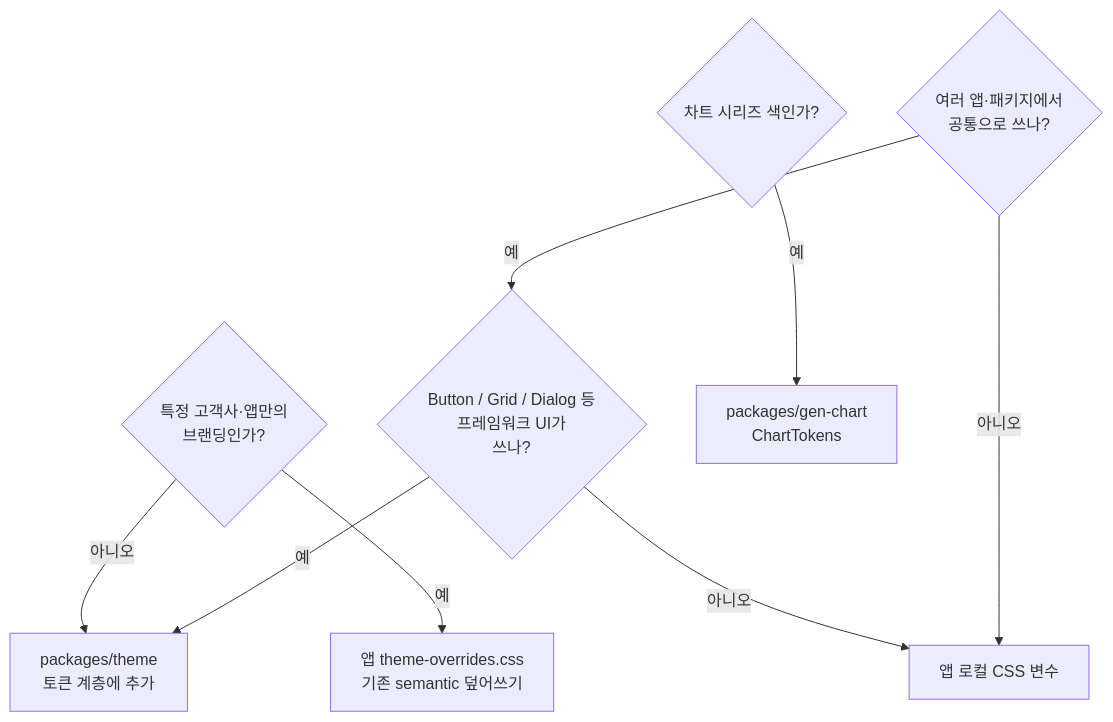
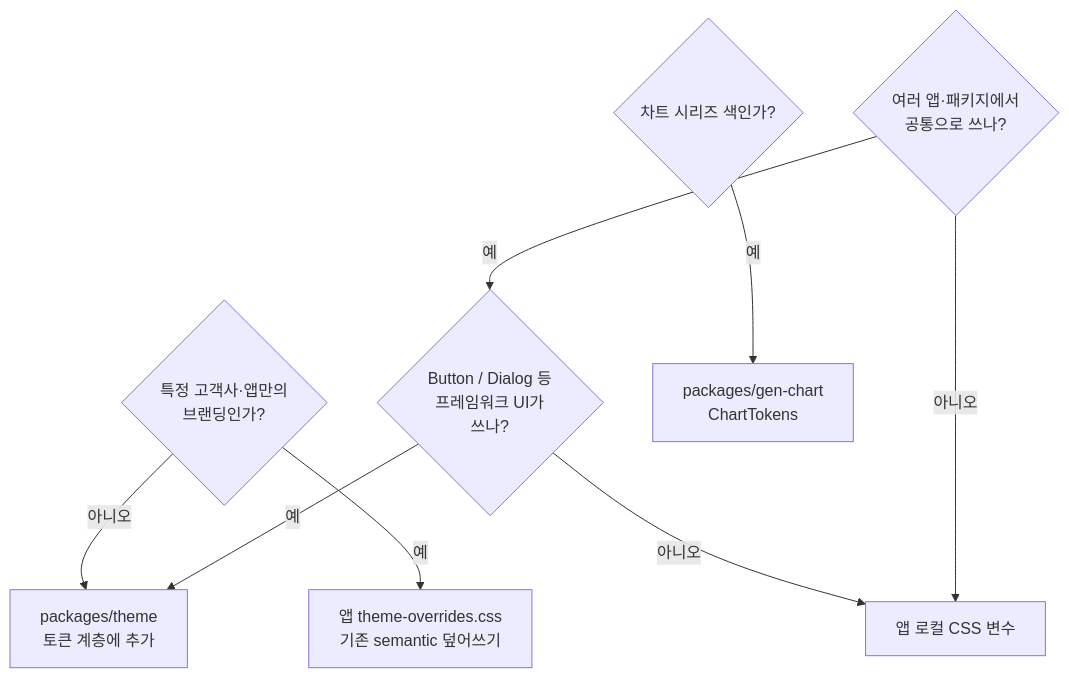
The second of 2 diagrams in .docs/08-DESIGN-TOKENS-GUIDE.md (truerain/genoffice-v2), drawn with Mermaid before and after one commit. The commit also changed other lines of this file and 13 other files, not shown here.

````diff
--- a/.docs/08-DESIGN-TOKENS-GUIDE.md
+++ b/.docs/08-DESIGN-TOKENS-GUIDE.md
@@ -123,18 +123,18 @@
 ```mermaid
 flowchart TD
   Q1{여러 앱·패키지에서<br/>공통으로 쓰나?}
-  Q2{Button / Grid / Dialog 등<br/>프레임워크 UI가<br/>쓰나?}
+  Q2{Button / Dialog 등<br/>프레임워크 UI가<br/>쓰나?}
   Q3{특정 고객사·앱만의<br/>브랜딩인가?}
   Q4{차트 시리즈 색인가?}
 
   Q1 -->|예| Q2
   Q1 -->|아니오| APP[앱 로컬 CSS 변수]
 
   Q2 -->|예| THEME["packages/theme<br/>토큰 계층에 추가"]
   Q2 -->|아니오| APP
 
   Q3 -->|예| OVERRIDE["앱 theme-overrides.css<br/>기존 semantic 덮어쓰기"]
   Q3 -->|아니오| THEME
 
   Q4 -->|예| CHART["packages/gen-chart<br/>ChartTokens"]
 ```
````
